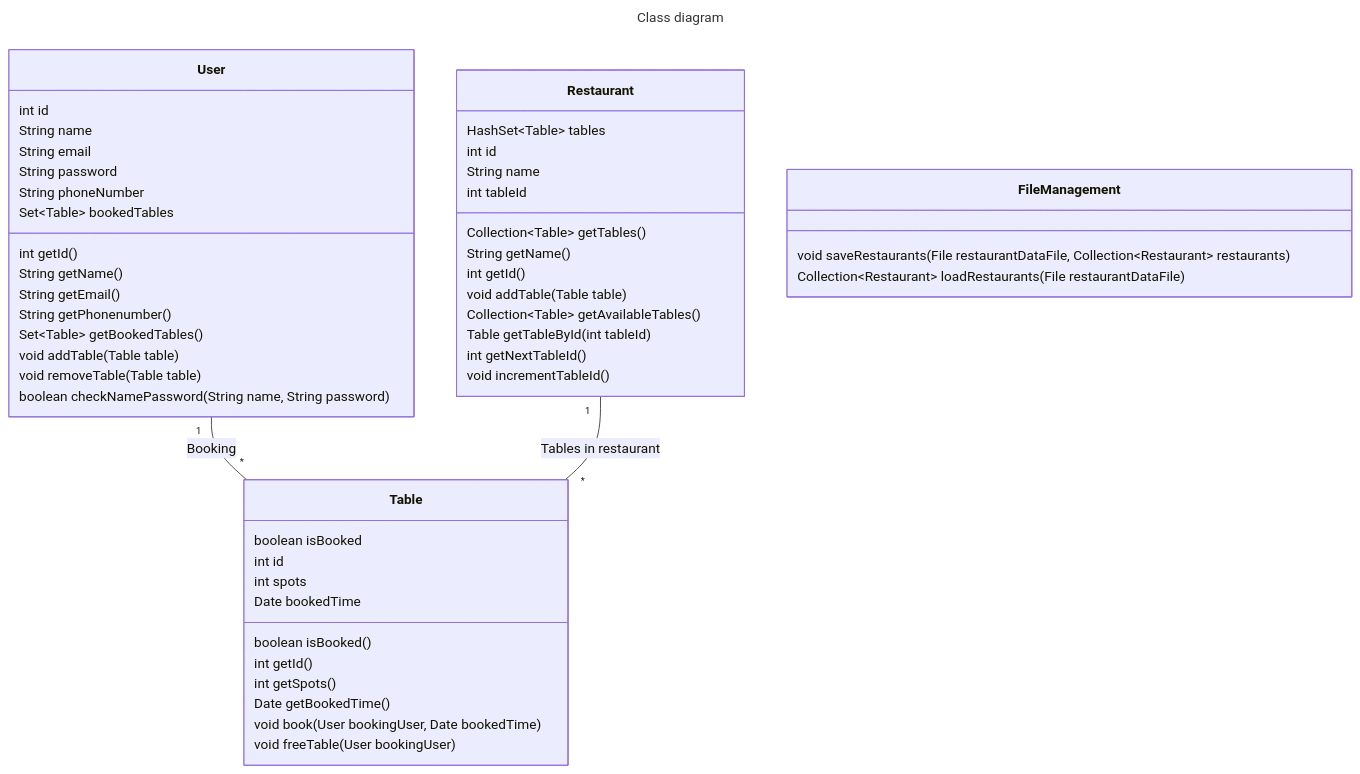
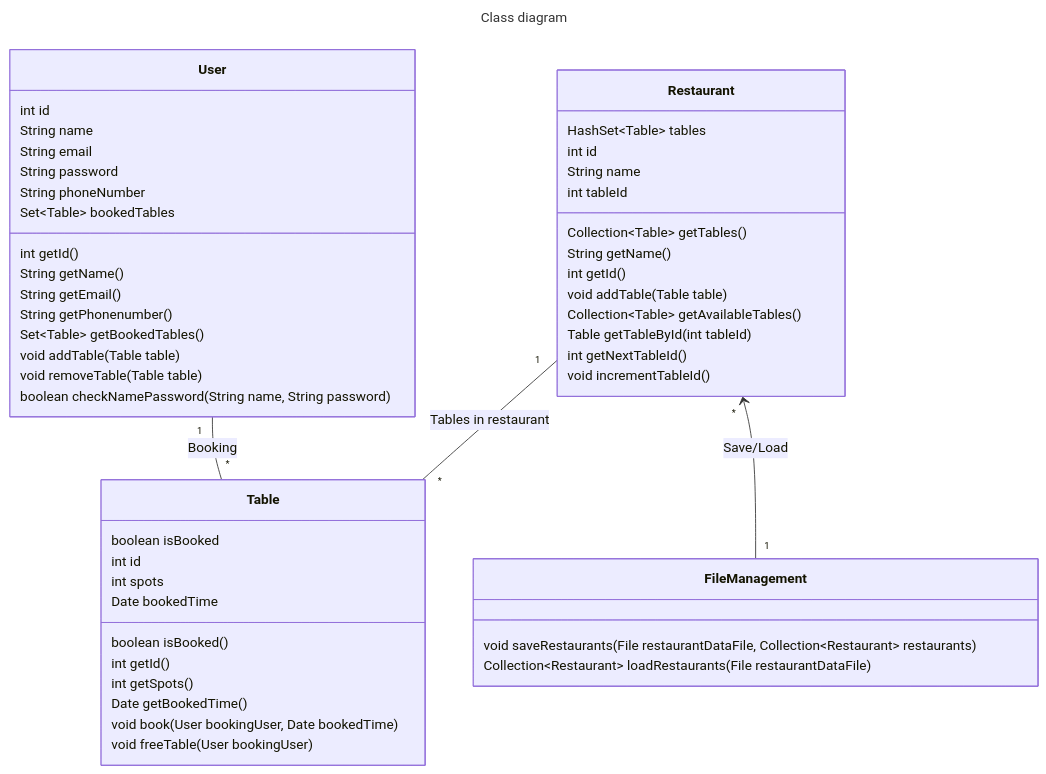
The diagram in class-diagram.md (marsun02/IT1901_Booking_Manager), drawn with Mermaid before and after one commit.

Commit message:
docs: :memo: Updated relations between FileManagement.java and Restaurant.java in Class-diagram.md #70

````diff
--- a/class-diagram.md
+++ b/class-diagram.md
@@ -1,65 +1,66 @@
 ```mermaid
 ---
 title: Class diagram
 ---
 
 classDiagram
     class Table{
         boolean isBooked
         int id
         int spots
         Date bookedTime
 
         boolean isBooked()
         int getId()
         int getSpots()
         Date getBookedTime()
         void book(User bookingUser, Date bookedTime)
         void freeTable(User bookingUser)
     }
 
     class User{
         int id
         String name
         String email
         String password
         String phoneNumber
         Set&lt;Table&gt bookedTables
 
         int getId()
         String getName()
         String getEmail()
         String getPhonenumber()
         Set&lt;Table&gt getBookedTables()
         void addTable(Table table)
         void removeTable(Table table)
         boolean checkNamePassword(String name, String password)
     }
 
     class Restaurant{
         
         HashSet&lt;Table&gt; tables
         int id
         String name
         int tableId
 
 
         Collection&lt;Table&gt getTables()
         String getName()
         int getId()
         void addTable(Table table)
         Collection&lt;Table&gt getAvailableTables()
         Table getTableById(int tableId)
         int getNextTableId()
         void incrementTableId()
     }
 
     class FileManagement{
 
         void saveRestaurants(File restaurantDataFile, Collection&lt;Restaurant&gt restaurants)
         Collection&lt;Restaurant&gt loadRestaurants(File restaurantDataFile)
     }
 
     User "1" -- "*" Table : Booking
     Restaurant "1" -- "*" Table : Tables in restaurant
+    Restaurant "*" <-- "1" FileManagement : Save/Load
 ```
````
